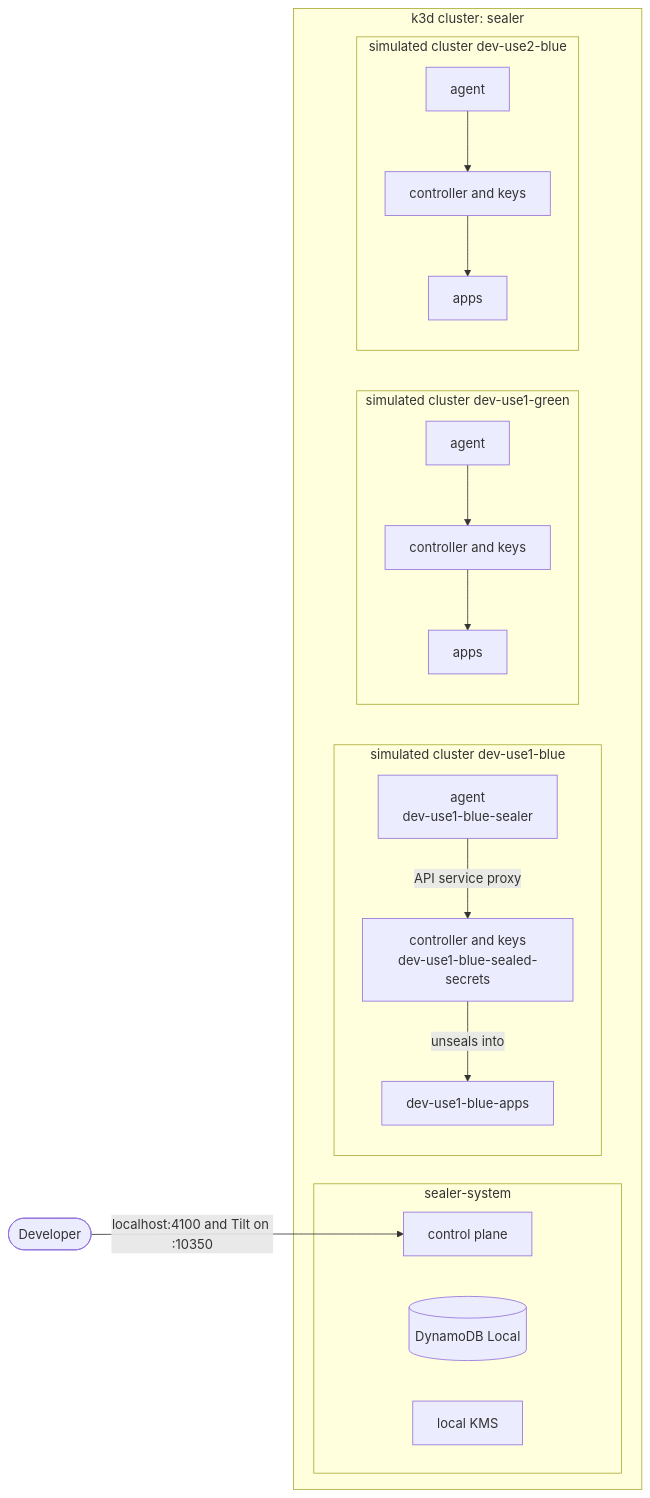
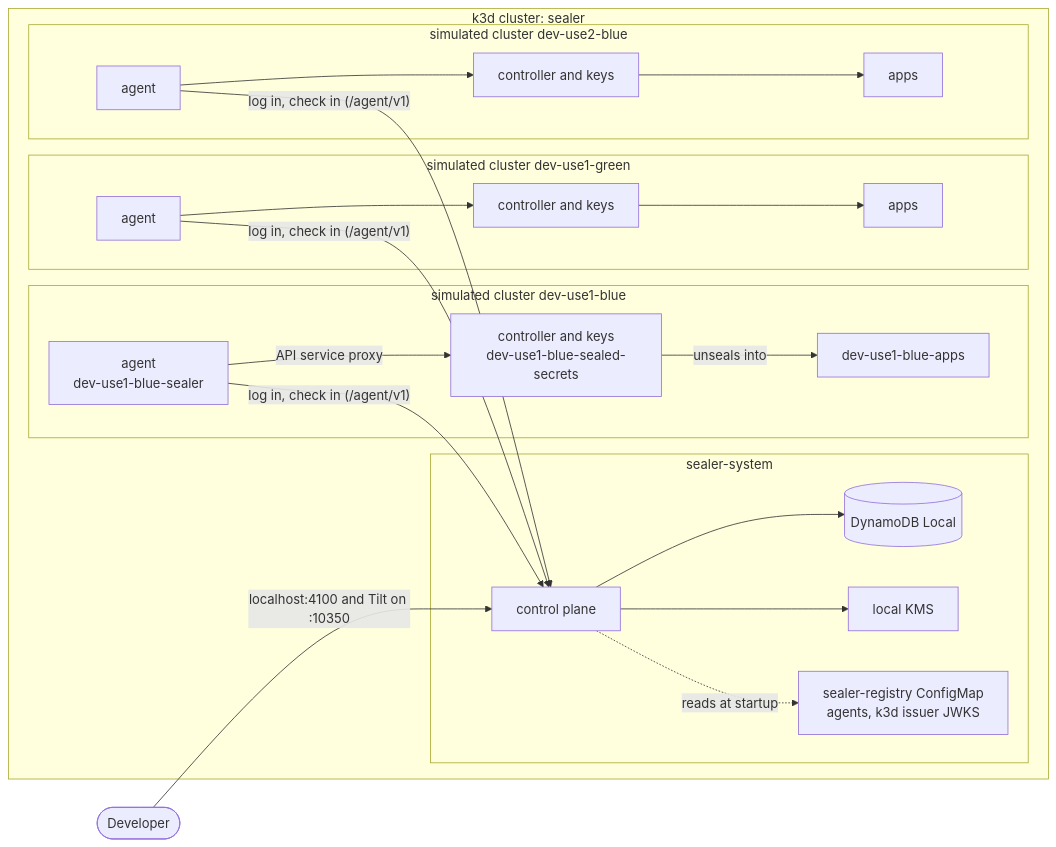
Before and after one commit to cruxstack/k8s-sealed-secrets-sealer: the diagram in docs/development.md, drawn with Mermaid.

Commit message:
docs: show agent check-in in the local stack diagram (#4)
Follow-up to #2 and #3: the local k3d stack diagram in
`docs/development.md` now shows agents logging in and checking in with
the control plane (`/agent/v1`), and the control plane reading the
generated `sealer-registry` ConfigMap (agents and the k3d issuer's JWKS)
at startup, along with its DynamoDB Local and local KMS connections.

🤖 Generated with [Claude Code](https://claude.com/claude-code)

````diff
--- a/docs/development.md
+++ b/docs/development.md
@@ -28,22 +28,27 @@
 ```mermaid
 flowchart LR
   dev(["Developer"])
   subgraph k3d["k3d cluster: sealer"]
     subgraph sys["sealer-system"]
       cp["control plane"]
       ddb[("DynamoDB Local")]
       kms["local KMS"]
+      reg["sealer-registry ConfigMap<br/>agents, k3d issuer JWKS"]
+      cp --> ddb
+      cp --> kms
+      cp -.->|reads at startup| reg
     end
     subgraph blue["simulated cluster dev-use1-blue"]
       ab["agent<br/>dev-use1-blue-sealer"] -->|API service proxy| cb["controller and keys<br/>dev-use1-blue-sealed-secrets"]
       cb -->|unseals into| apb["dev-use1-blue-apps"]
     end
     subgraph green["simulated cluster dev-use1-green"]
       ag["agent"] --> cg["controller and keys"] --> apg["apps"]
     end
     subgraph use2["simulated cluster dev-use2-blue"]
       au["agent"] --> cu["controller and keys"] --> apu["apps"]
     end
+    ab & ag & au -->|"log in, check in (/agent/v1)"| cp
   end
   dev -->|"localhost:4100 and Tilt on :10350"| cp
 ```
````
